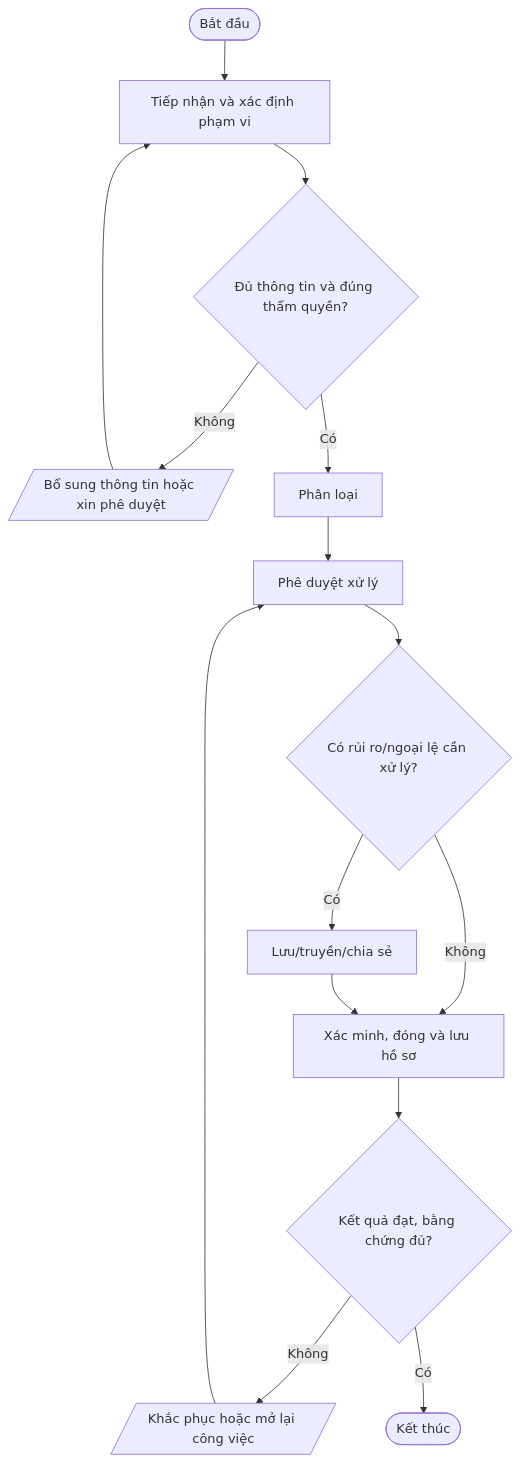
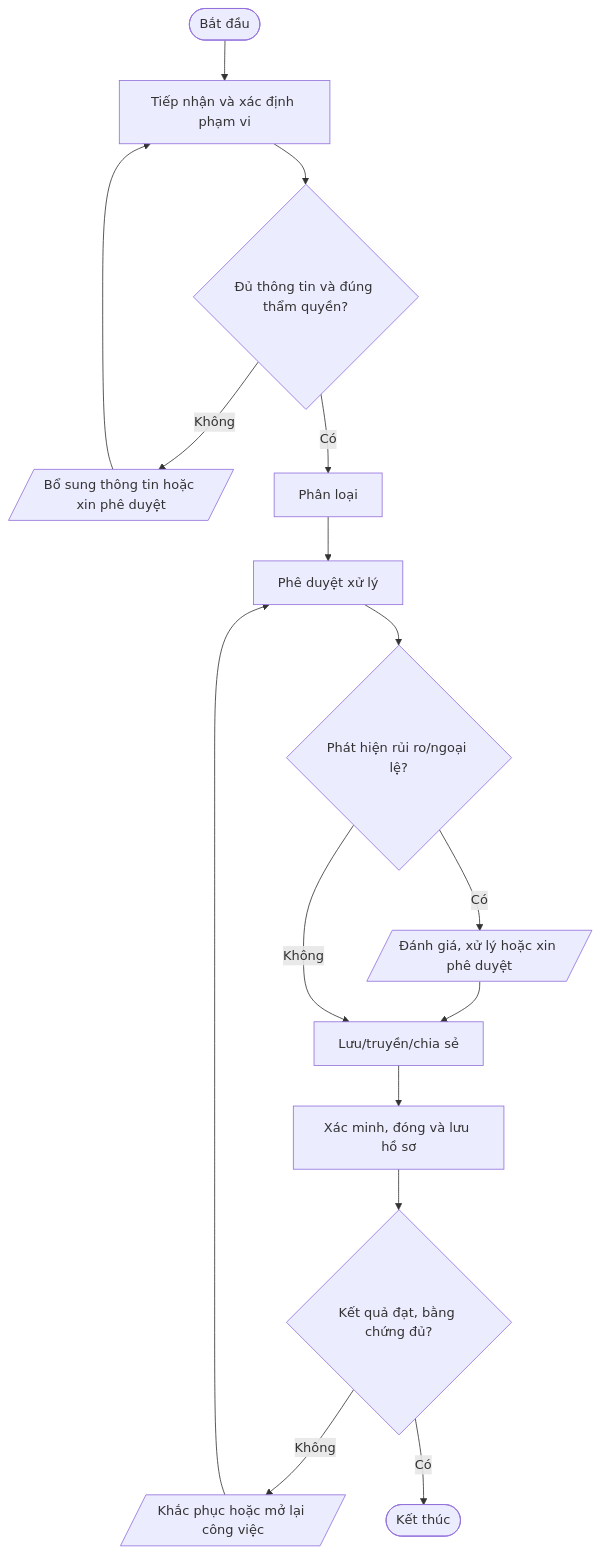
Before and after one commit to daoaigiangnam/Quy_Trinh_Chuan: the fourth of 11 diagrams in quy-trinh/03-An-toan-thong-tin/README.md, drawn with Mermaid. The commit also changed other lines of this file, not shown here.

Commit message:
docs: correct procedure flowchart decision paths

````diff
--- a/quy-trinh/03-An-toan-thong-tin/README.md
+++ b/quy-trinh/03-An-toan-thong-tin/README.md
@@ -321,17 +324,18 @@
 ```mermaid
 flowchart TD
   A([Bắt đầu]) --> S1["Tiếp nhận và xác định phạm vi"]
   S1 --> D1{"Đủ thông tin và đúng thẩm quyền?"}
   D1 -- Không --> F1[/"Bổ sung thông tin hoặc xin phê duyệt"/]
   F1 --> S1
   D1 -- Có --> S2["Phân loại"]
   S2 --> S3["Phê duyệt xử lý"]
-  S3 --> D2{"Có rủi ro/ngoại lệ cần xử lý?"}
-  D2 -- Có --> S4["Lưu/truyền/chia sẻ"]
-  D2 -- Không --> S5["Xác minh, đóng và lưu hồ sơ"]
-  S4 --> S5
+  S3 --> D2{"Phát hiện rủi ro/ngoại lệ?"}
+  D2 -- Có --> RISK[/"Đánh giá, xử lý hoặc xin phê duyệt"/]
+  RISK --> S4["Lưu/truyền/chia sẻ"]
+  D2 -- Không --> S4
+  S4 --> S5["Xác minh, đóng và lưu hồ sơ"]
   S5 --> D3{"Kết quả đạt, bằng chứng đủ?"}
   D3 -- Không --> R[/"Khắc phục hoặc mở lại công việc"/]
   R --> S3
   D3 -- Có --> Z([Kết thúc])
 ```
````
